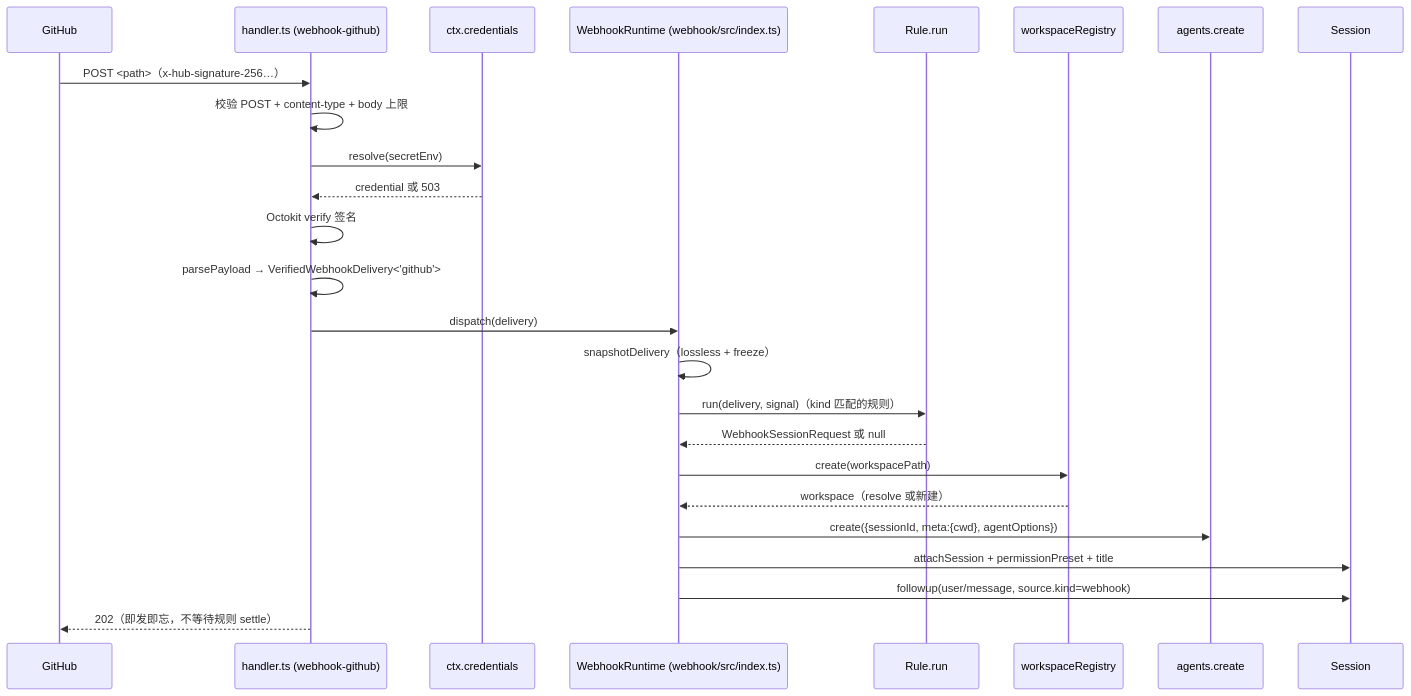
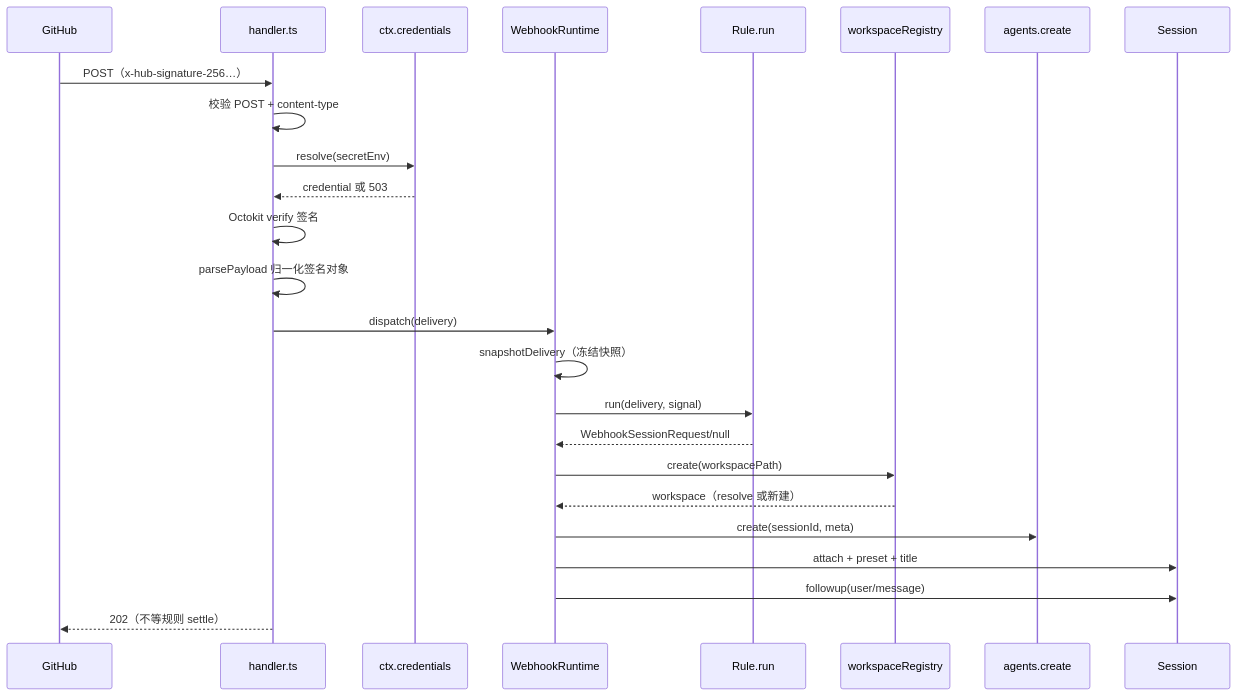
One commit to morehao/oss-insights changed the second of 3 diagrams in ai-agent/deepseek-harness/webhook.md. Above: the diagram before and after it, drawn with Mermaid. The commit also changed other lines of this file and 27 other files, not shown here.

````diff
--- a/ai-agent/deepseek-harness/webhook.md
+++ b/ai-agent/deepseek-harness/webhook.md
@@ -69,28 +69,28 @@
 ```mermaid
 sequenceDiagram
     participant GH as GitHub
-    participant H as handler.ts (webhook-github)
+    participant H as handler.ts
     participant CR as ctx.credentials
-    participant RT as WebhookRuntime (webhook/src/index.ts)
+    participant RT as WebhookRuntime
     participant R as Rule.run
     participant WS as workspaceRegistry
     participant AG as agents.create
     participant S as Session
 
-    GH->>H: POST <path>（x-hub-signature-256…）
-    H->>H: 校验 POST + content-type + body 上限
+    GH->>H: POST（x-hub-signature-256…）
+    H->>H: 校验 POST + content-type
     H->>CR: resolve(secretEnv)
     CR-->>H: credential 或 503
     H->>H: Octokit verify 签名
-    H->>H: parsePayload → VerifiedWebhookDelivery<'github'>
+    H->>H: parsePayload 归一化签名对象
     H->>RT: dispatch(delivery)
-    RT->>RT: snapshotDelivery（lossless + freeze）
-    RT->>R: run(delivery, signal)（kind 匹配的规则）
-    R-->>RT: WebhookSessionRequest 或 null
+    RT->>RT: snapshotDelivery（冻结快照）
+    RT->>R: run(delivery, signal)
+    R-->>RT: WebhookSessionRequest/null
     RT->>WS: create(workspacePath)
     WS-->>RT: workspace（resolve 或新建）
-    RT->>AG: create({sessionId, meta:{cwd}, agentOptions})
-    RT->>S: attachSession + permissionPreset + title
-    RT->>S: followup(user/message, source.kind=webhook)
-    H-->>GH: 202（即发即忘，不等待规则 settle）
+    RT->>AG: create(sessionId, meta)
+    RT->>S: attach + preset + title
+    RT->>S: followup(user/message)
+    H-->>GH: 202（不等规则 settle）
 ```
````
